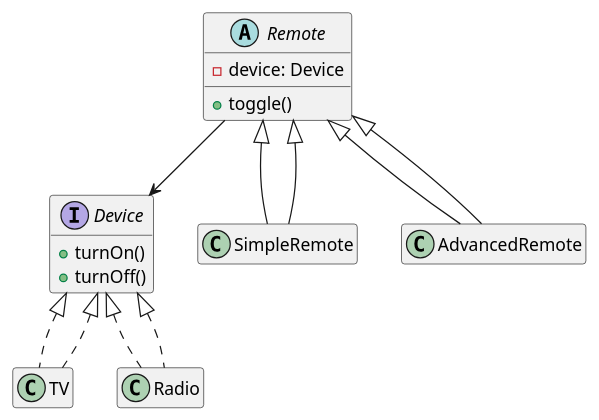
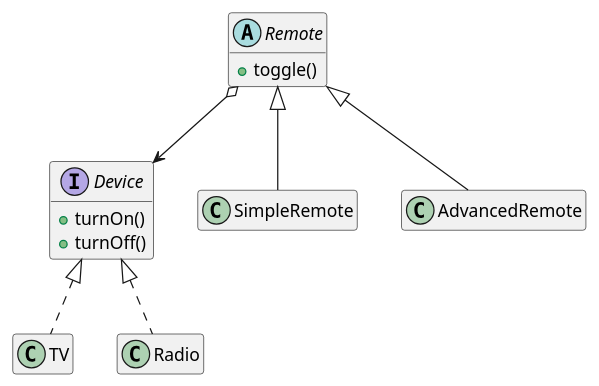
Before and after one commit to traiansf/traiansf.github.io: the third of 9 diagrams in class/amss2025/curs/11-patterns-reloaded.md, drawn with PlantUML. The commit also changed other lines of this file and 3 other files, not shown here.

````diff
--- a/class/amss2025/curs/11-patterns-reloaded.md
+++ b/class/amss2025/curs/11-patterns-reloaded.md
@@ -435,27 +451,22 @@
 ```plantuml
 @startuml
 hide empty members
 interface Device {
     +turnOn()
     +turnOff()
 }
 
 abstract class Remote {
-    -device: Device
     +toggle()
 }
 
 class TV implements Device
 class Radio implements Device
 
 class SimpleRemote extends Remote
 class AdvancedRemote extends Remote
 
-Remote --> Device
-Device <|.. TV
-Device <|.. Radio
+Remote o--> Device
 
-Remote <|-- SimpleRemote
-Remote <|-- AdvancedRemote
 @enduml
 ```
````
